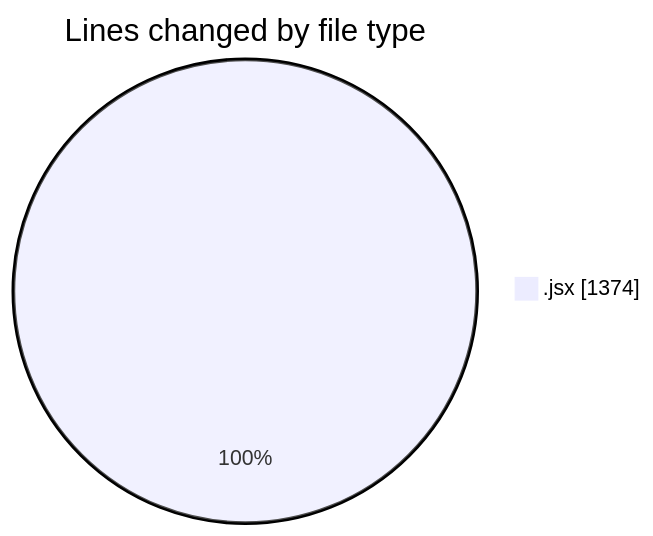
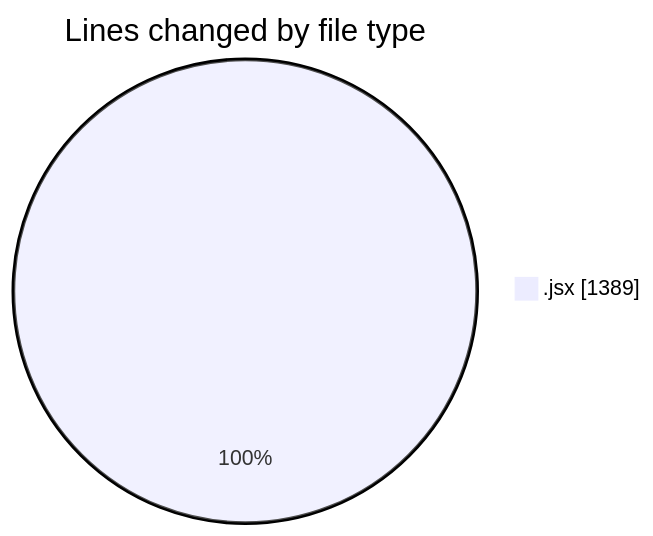
One commit to nxtqubesakshisongat/code-tracking changed the first of 2 diagrams in 2025-05-10/argos-dev/README.md. Above: the diagram before and after it, drawn with Mermaid. The commit also changed other lines of this file and 1 other file, not shown here.

````diff
--- a/2025-05-10/argos-dev/README.md
+++ b/2025-05-10/argos-dev/README.md
@@ -21,5 +21,5 @@
 ```mermaid
 pie showData
 title Lines changed by file type
-".jsx" : 1374
+".jsx" : 1389
 ```
````
